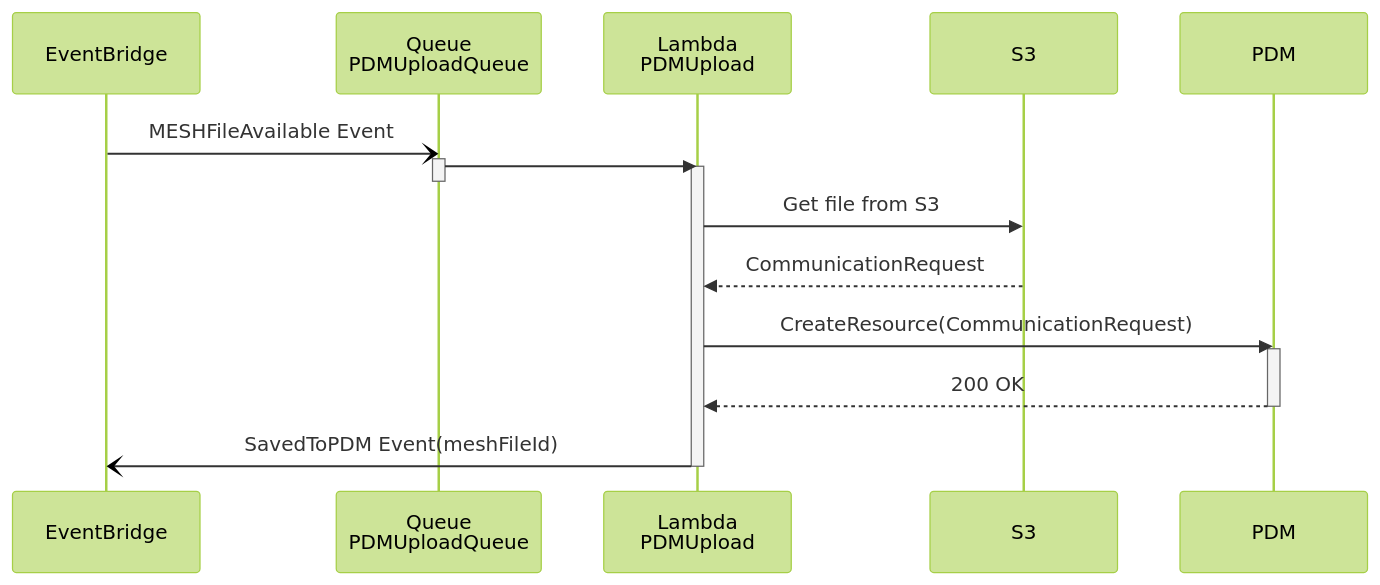
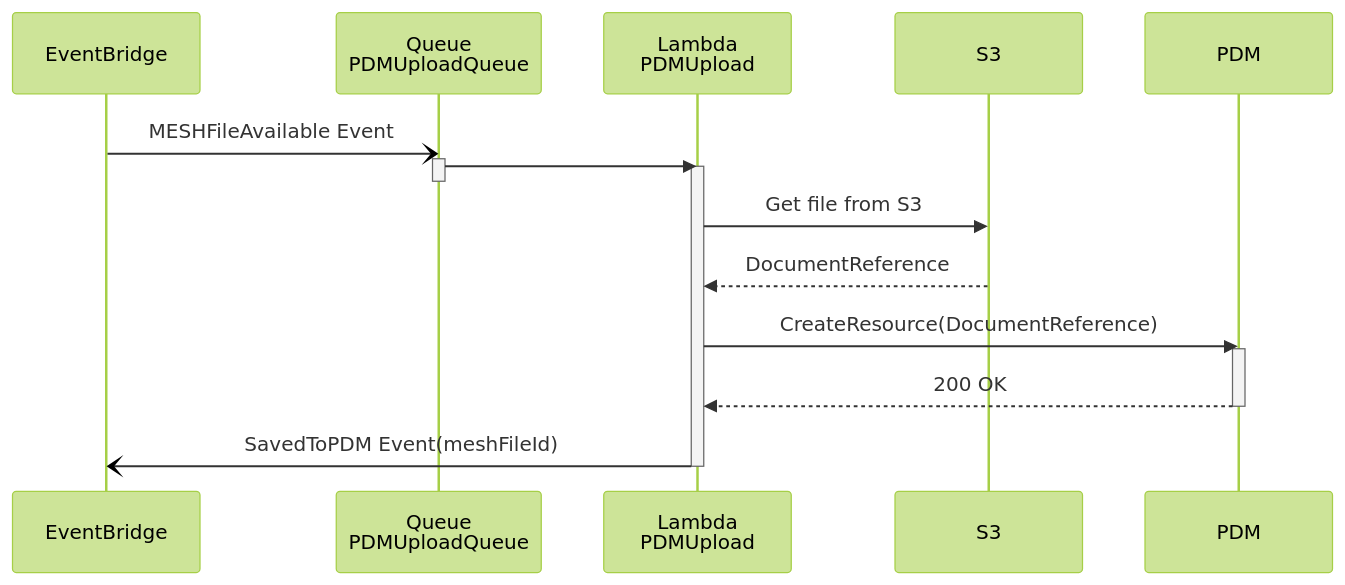
Before and after one commit to NHSDigital/nhs-notify-digital-letters: the diagram in docs/diagrams/pdm-upload.md, drawn with Mermaid (forest theme). The commit also changed 3 other files, not shown here.

Commit message:
Changed CommunicationRequest to DocumentReference

````diff
--- a/docs/diagrams/pdm-upload.md
+++ b/docs/diagrams/pdm-upload.md
@@ -14,23 +14,23 @@
 ```mermaid
 
 sequenceDiagram
   participant eventBus as EventBridge
   participant pdmUploadQueue as Queue<br/>PDMUploadQueue
   participant pdmUpload as Lambda<br/>PDMUpload
   participant s3 as S3
   participant pdm as PDM
 
   eventBus -) pdmUploadQueue: MESHFileAvailable Event
   activate pdmUploadQueue
   pdmUploadQueue ->> pdmUpload:
   deactivate pdmUploadQueue
   activate pdmUpload
   pdmUpload ->> s3: Get file from S3
-  s3 -->> pdmUpload: CommunicationRequest
-  pdmUpload ->> pdm: CreateResource(CommunicationRequest)
+  s3 -->> pdmUpload: DocumentReference
+  pdmUpload ->> pdm: CreateResource(DocumentReference)
   activate pdm
   pdm -->> pdmUpload: 200 OK
   deactivate pdm
   pdmUpload -) eventBus: SavedToPDM Event(meshFileId)
   deactivate pdmUpload
 ```
````
